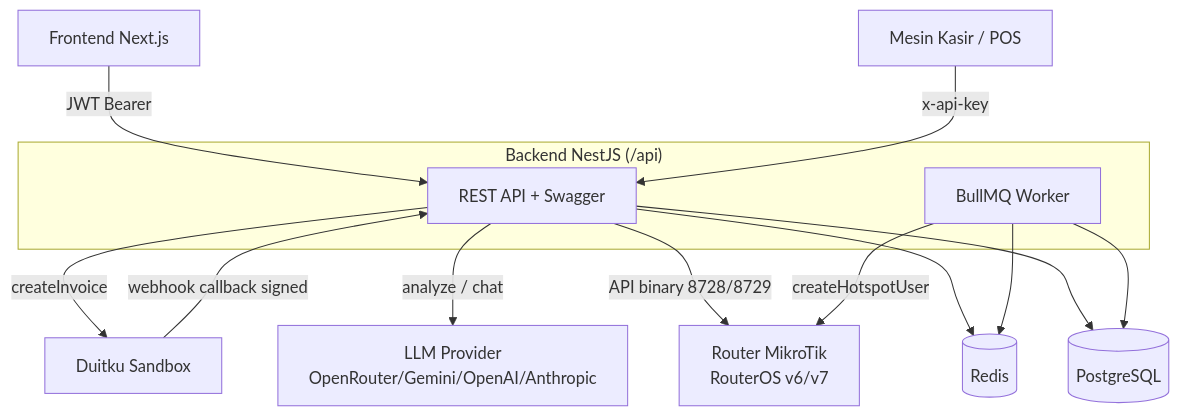
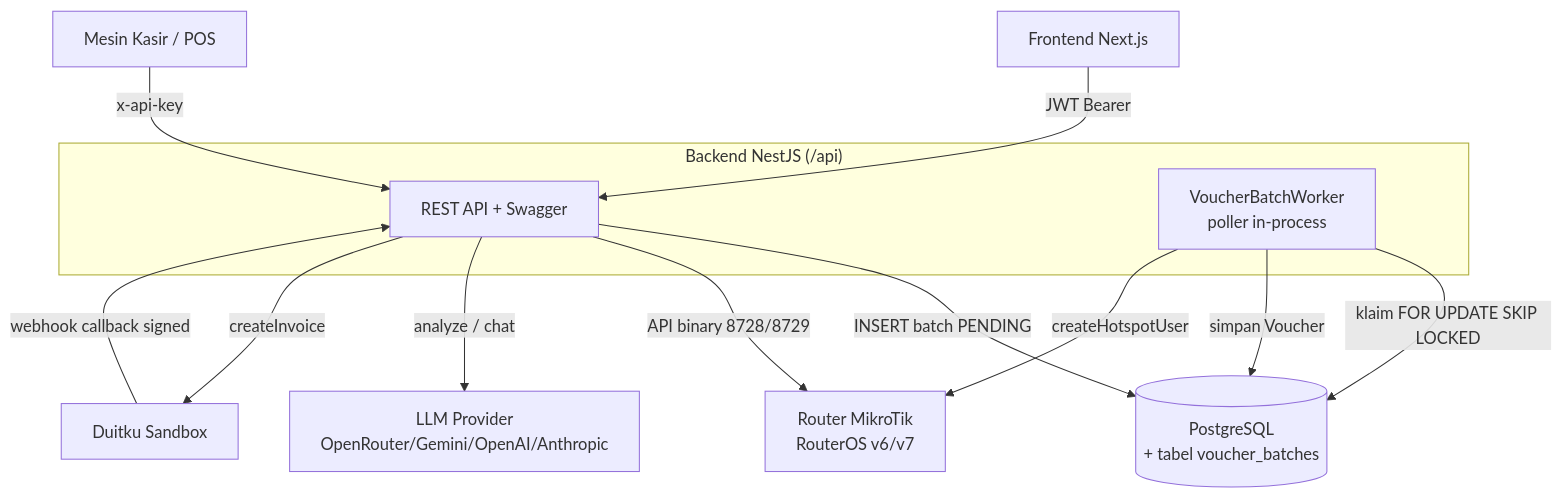
One commit to ramapnd18/backendWebManagementWiFiuntukFnB changed the first of 5 diagrams in doc/spec/ARSITEKTUR.md. Above: the diagram before and after it, drawn with Mermaid. The commit also changed other lines of this file and 14 other files, not shown here.

````diff
--- a/doc/spec/ARSITEKTUR.md
+++ b/doc/spec/ARSITEKTUR.md
@@ -19,26 +20,24 @@
 ```mermaid
 graph TB
     FE[Frontend Next.js]
     POS[Mesin Kasir / POS]
     subgraph Backend["Backend NestJS (/api)"]
         API[REST API + Swagger]
-        Q[BullMQ Worker]
+        Q[VoucherBatchWorker<br/>poller in-process]
     end
-    DB[(PostgreSQL)]
-    RD[(Redis)]
+    DB[(PostgreSQL<br/>+ tabel voucher_batches)]
     MT[Router MikroTik<br/>RouterOS v6/v7]
     LLM[LLM Provider<br/>OpenRouter/Gemini/OpenAI/Anthropic]
     DK[Duitku Sandbox]
 
     FE -->|JWT Bearer| API
     POS -->|x-api-key| API
     DK -->|webhook callback signed| API
-    API --> DB
-    API --> RD
-    Q --> RD
-    Q --> DB
+    API -->|INSERT batch PENDING| DB
+    Q -->|klaim FOR UPDATE SKIP LOCKED| DB
+    Q -->|simpan Voucher| DB
     API -->|API binary 8728/8729| MT
     Q -->|createHotspotUser| MT
     API -->|analyze / chat| LLM
     API -->|createInvoice| DK
 ```
````
